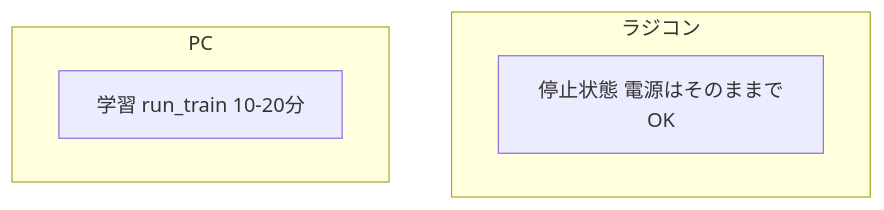
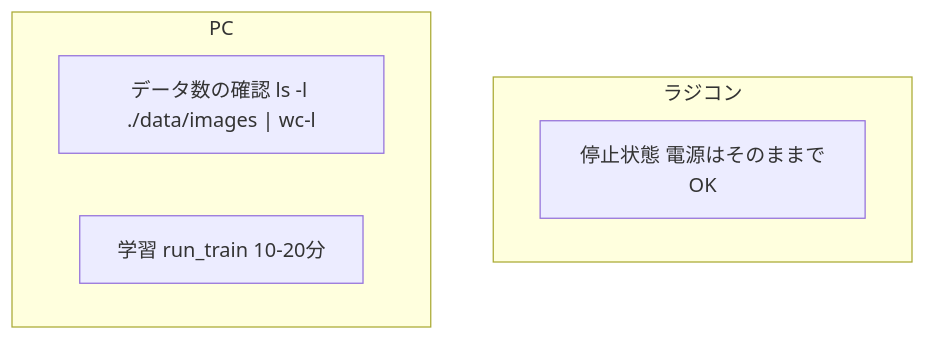
One commit to KwikHangout/AI-RC changed the third of 6 diagrams in SkipCity2024/doc/content/environment/jetson.md. Above: the diagram before and after it, drawn with Mermaid. The commit also changed other lines of this file and 2 other files, not shown here.

````diff
--- a/SkipCity2024/doc/content/environment/jetson.md
+++ b/SkipCity2024/doc/content/environment/jetson.md
@@ -111,11 +118,12 @@
     ```mermaid
     graph TB
 
     subgraph ラジコン
       state[停止状態 電源はそのままでOK]
     end
 
     subgraph PC
+      check["データ数の確認 ls -l ./data/images | wc-l"]
       train[学習 run_train 10-20分]
     end
     ```
````
